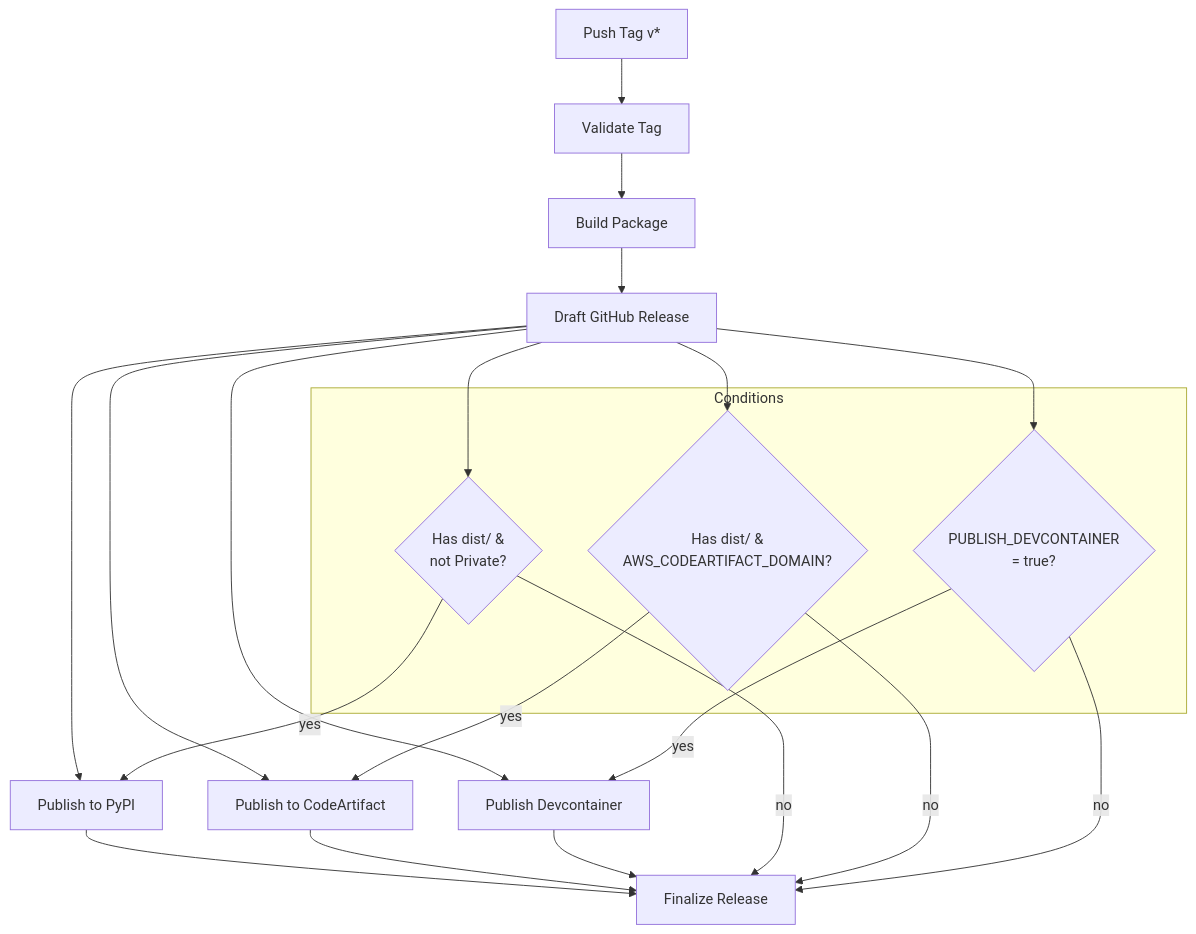
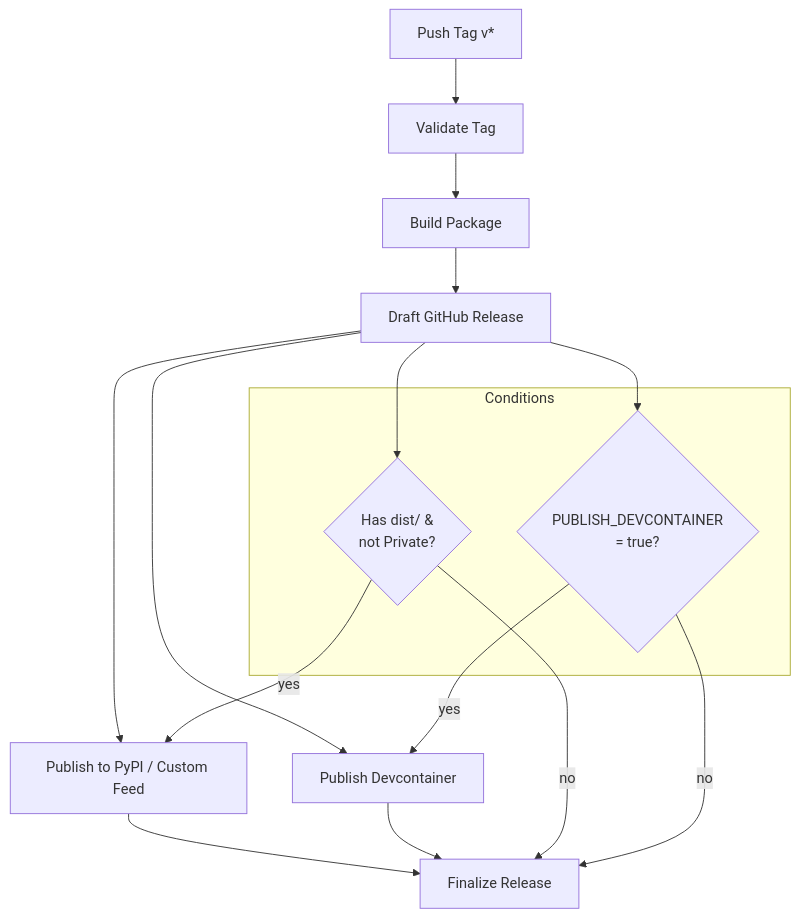
One commit to Jebel-Quant/rhiza changed the fourth of 9 diagrams in docs/ARCHITECTURE.md. Above: the diagram before and after it, drawn with Mermaid. The commit also changed 7 other files, not shown here.

First line of the commit message:
refactor: simplify CodeArtifact to use AWS secrets + PYPI_REPOSITORY_URL

````diff
--- a/docs/ARCHITECTURE.md
+++ b/docs/ARCHITECTURE.md
@@ -106,28 +106,22 @@
 ```mermaid
 flowchart TD
     tag[Push Tag v*] --> validate[Validate Tag]
     validate --> build[Build Package]
     build --> draft[Draft GitHub Release]
-    draft --> pypi[Publish to PyPI]
-    draft --> codeartifact[Publish to CodeArtifact]
+    draft --> pypi[Publish to PyPI / Custom Feed]
     draft --> devcontainer[Publish Devcontainer]
     pypi --> finalize[Finalize Release]
-    codeartifact --> finalize
     devcontainer --> finalize
 
     subgraph Conditions
         pypi_cond{Has dist/ &<br/>not Private?}
-        ca_cond{Has dist/ &<br/>AWS_CODEARTIFACT_DOMAIN?}
         dev_cond{PUBLISH_DEVCONTAINER<br/>= true?}
     end
 
     draft --> pypi_cond
     pypi_cond -->|yes| pypi
     pypi_cond -->|no| finalize
-    draft --> ca_cond
-    ca_cond -->|yes| codeartifact
-    ca_cond -->|no| finalize
     draft --> dev_cond
     dev_cond -->|yes| devcontainer
     dev_cond -->|no| finalize
 ```
````
